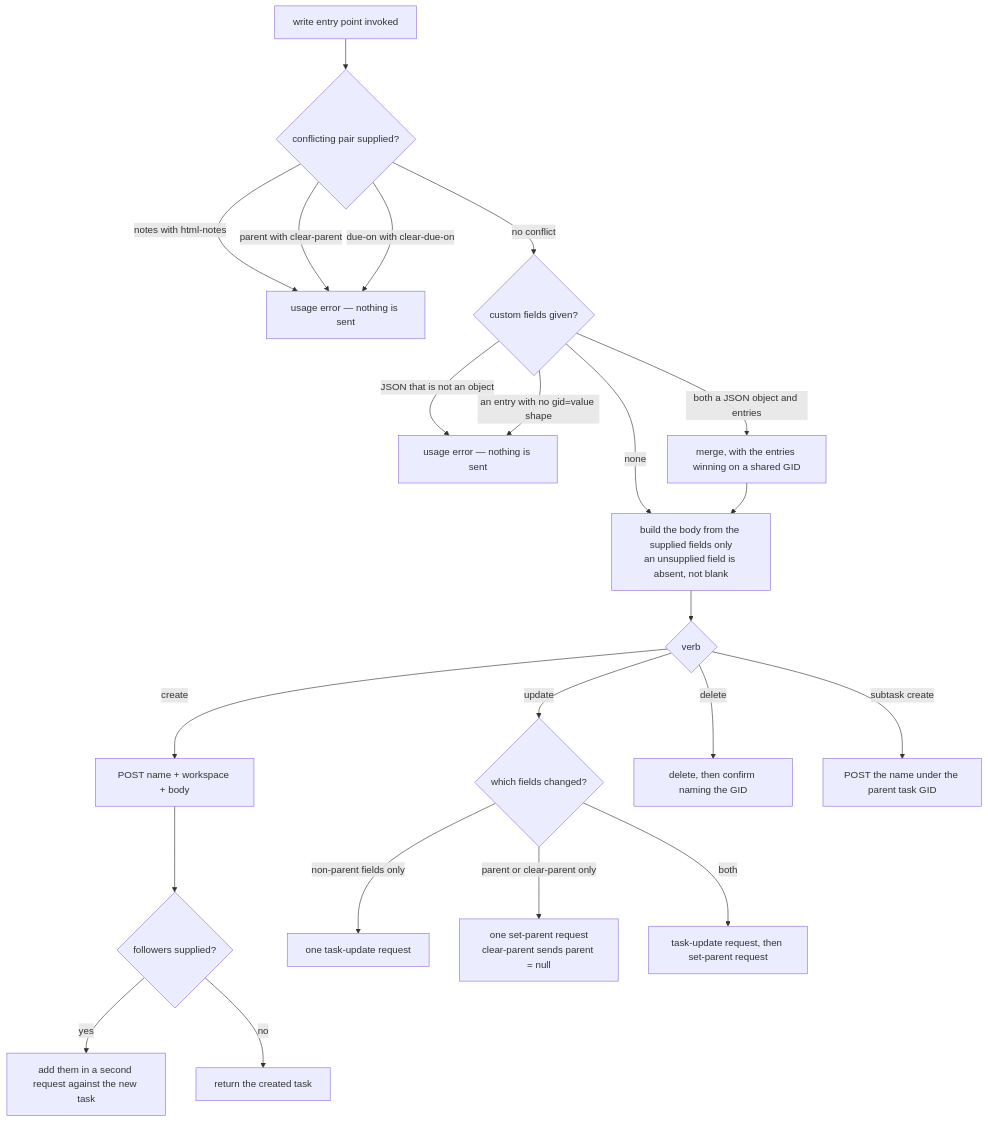
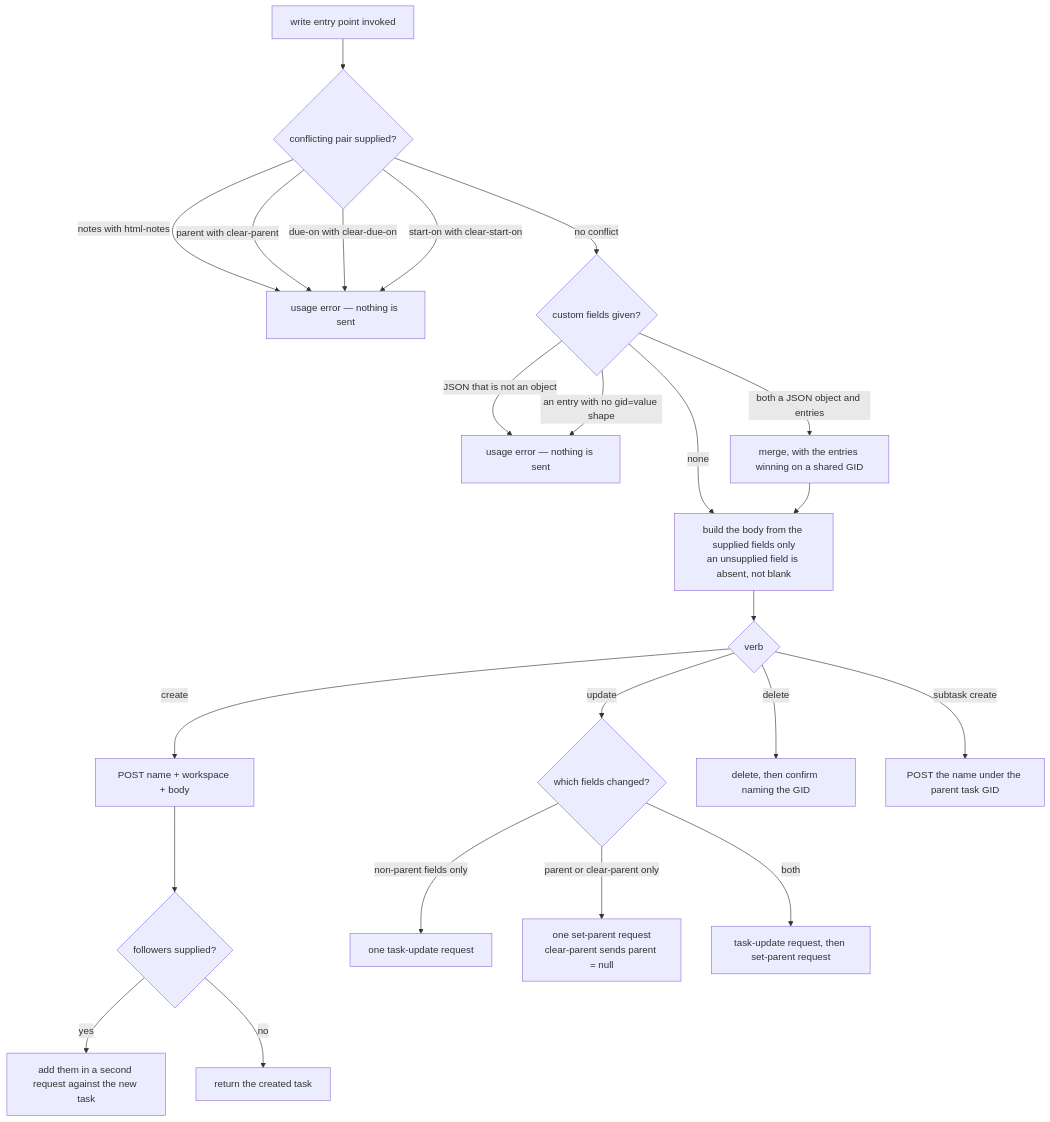
One commit to cyberuni/asana-agent changed the third of 5 diagrams in packages/cyber-asana/.agents/spec/tasks/README.md. Above: the diagram before and after it, drawn with Mermaid. The commit also changed other lines of this file and 4 other files, not shown here.

First line of the commit message:
docs(tasks): document task update --start-on and --clear-start-on

````diff
--- a/packages/cyber-asana/.agents/spec/tasks/README.md
+++ b/packages/cyber-asana/.agents/spec/tasks/README.md
@@ -261,24 +261,25 @@
 ```mermaid
 graph TD
   W[write entry point invoked] --> WX{conflicting pair supplied?}
   WX -->|notes with html-notes| WXE[usage error — nothing is sent]
   WX -->|parent with clear-parent| WXE
   WX -->|due-on with clear-due-on| WXE
+  WX -->|start-on with clear-start-on| WXE
   WX -->|no conflict| WC{custom fields given?}
   WC -->|JSON that is not an object| WCE[usage error — nothing is sent]
   WC -->|an entry with no gid=value shape| WCE
   WC -->|both a JSON object and entries| WCM[merge, with the entries winning on a shared GID]
   WC -->|none| WB
   WCM --> WB[build the body from the supplied fields only<br/>an unsupplied field is absent, not blank]
   WB --> WV{verb}
   WV -->|create| WCR[POST name + workspace + body]
   WCR --> WCF{followers supplied?}
   WCF -->|yes| WCFY[add them in a second request against the new task]
   WCF -->|no| WCFN[return the created task]
   WV -->|update| WU{which fields changed?}
   WU -->|non-parent fields only| WU1[one task-update request]
   WU -->|parent or clear-parent only| WU2[one set-parent request<br/>clear-parent sends parent = null]
   WU -->|both| WU3[task-update request, then set-parent request]
   WV -->|delete| WD[delete, then confirm naming the GID]
   WV -->|subtask create| WS[POST the name under the parent task GID]
 ```
````
